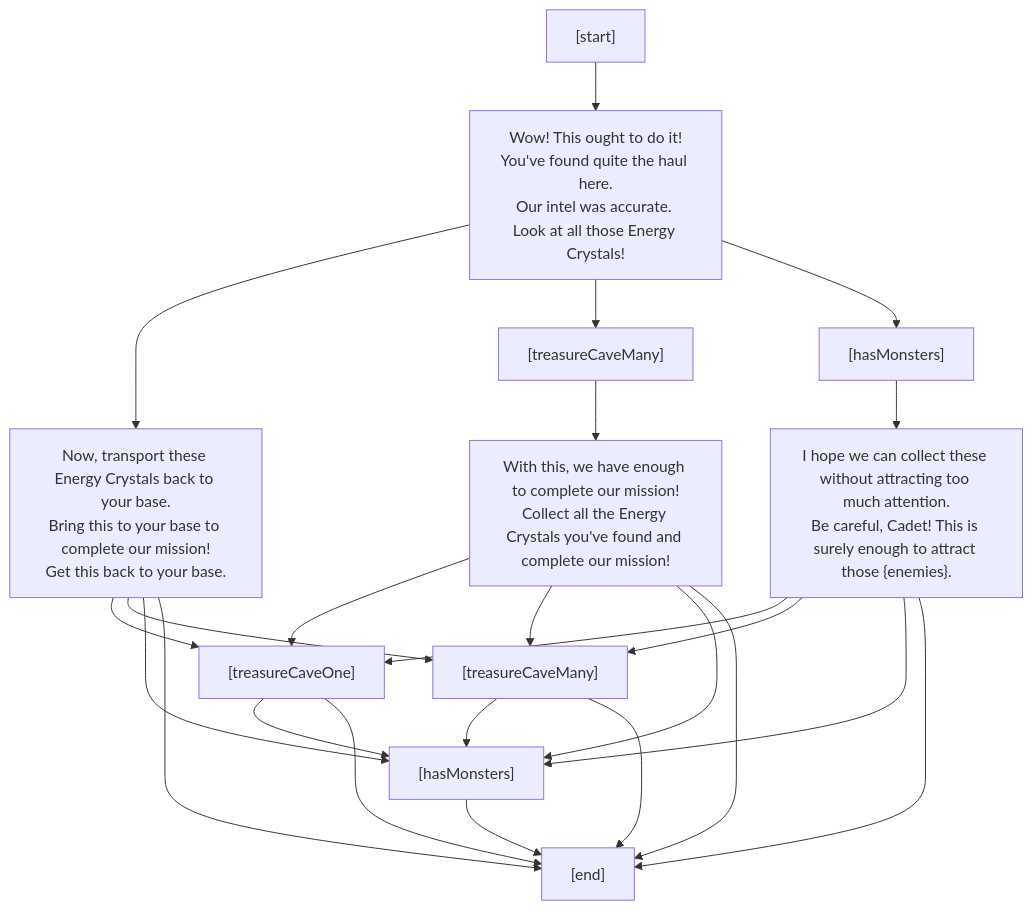
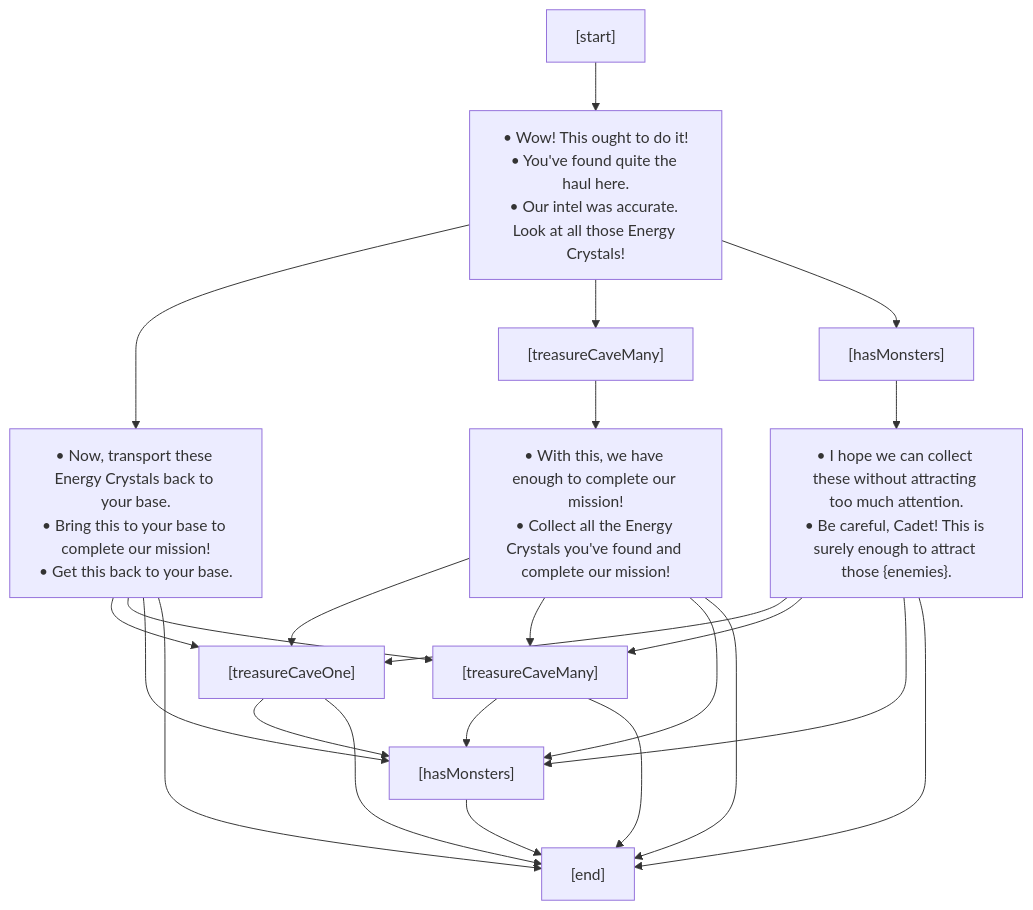
Before and after one commit to charredUtensil/groundhog: the sixth of 14 diagrams in src/core/lore/graphs/events.md, drawn with Mermaid. The commit also changed other lines of this file and 7 other files, not shown here.

````diff
--- a/src/core/lore/graphs/events.md
+++ b/src/core/lore/graphs/events.md
@@ -90,37 +90,37 @@
 ```mermaid
 flowchart TD;
 P0["[start]"]
 P0 --> P1
-P1["Wow! This ought to do it!<br/>You've found quite the haul here.<br/>Our intel was accurate. Look at all those Energy Crystals!"]
+P1["&bull; Wow! This ought to do it!<br/>&bull; You've found quite the haul here.<br/>&bull; Our intel was accurate. Look at all those Energy Crystals!"]
 P1 --> P2
 P1 --> P3
 P1 --> P5
-P2["Now, transport these Energy Crystals back to your base.<br/>Bring this to your base to complete our mission!<br/>Get this back to your base."]
+P2["&bull; Now, transport these Energy Crystals back to your base.<br/>&bull; Bring this to your base to complete our mission!<br/>&bull; Get this back to your base."]
 P2 --> P7
 P2 --> P8
 P2 --> P9
 P2 --> P10
 P3["[treasureCaveMany]"]
 P3 --> P4
-P4["With this, we have enough to complete our mission!<br/>Collect all the Energy Crystals you've found and complete our mission!"]
+P4["&bull; With this, we have enough to complete our mission!<br/>&bull; Collect all the Energy Crystals you've found and complete our mission!"]
 P4 --> P7
 P4 --> P8
 P4 --> P9
 P4 --> P10
 P5["[hasMonsters]"]
 P5 --> P6
-P6["I hope we can collect these without attracting too much attention.<br/>Be careful, Cadet! This is surely enough to attract those {enemies}."]
+P6["&bull; I hope we can collect these without attracting too much attention.<br/>&bull; Be careful, Cadet! This is surely enough to attract those {enemies}."]
 P6 --> P7
 P6 --> P8
 P6 --> P9
 P6 --> P10
 P7["[treasureCaveOne]"]
 P7 --> P9
 P7 --> P10
 P8["[treasureCaveMany]"]
 P8 --> P9
 P8 --> P10
 P9["[hasMonsters]"]
 P9 --> P10
 P10["[end]"]
 ```
````
